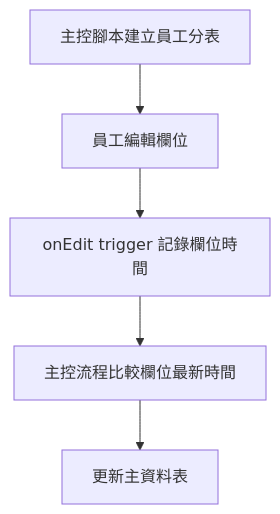
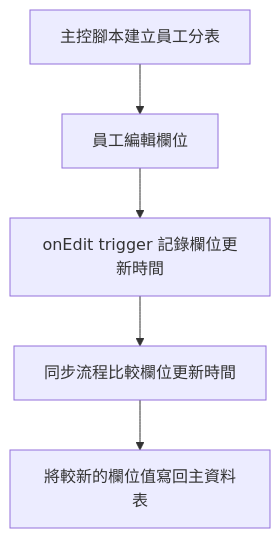
Before and after one commit to highhao/google-sheets-sync: the diagram in README.md, drawn with Mermaid. The commit also changed other lines of this file, not shown here.

````diff
--- a/README.md
+++ b/README.md
@@ -7,7 +7,7 @@
 ```mermaid
 flowchart TB
     A[主控腳本建立員工分表] --> B[員工編輯欄位]
-    B --> C[onEdit trigger 記錄欄位時間]
-    C --> D[主控流程比較欄位最新時間]
-    D --> E[更新主資料表]
+    B --> C[onEdit trigger 記錄欄位更新時間]
+    C --> D[同步流程比較欄位更新時間]
+    D --> E[將較新的欄位值寫回主資料表]
 ```
````
